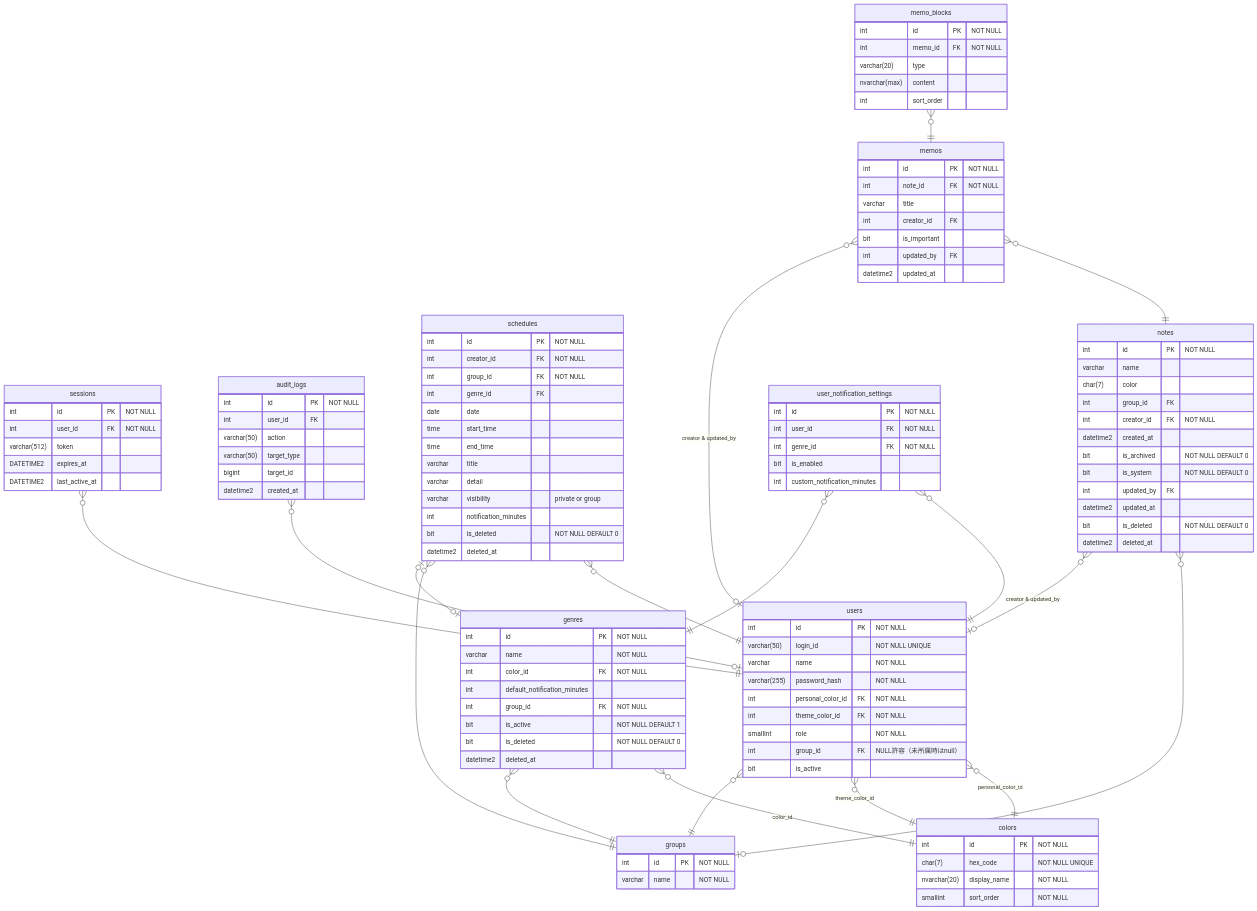
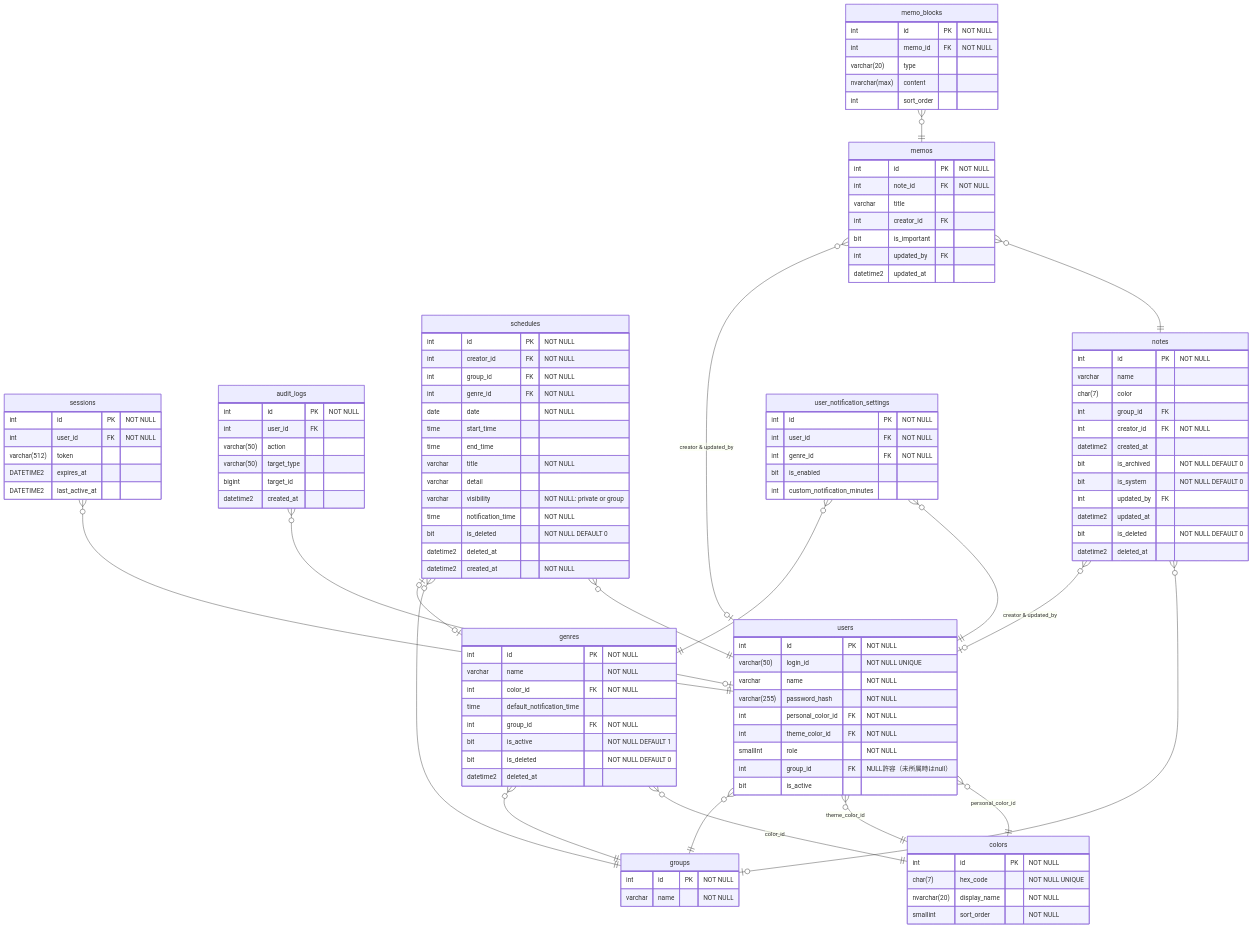
Before and after one commit to yossan1208/ScheduleApp: the diagram in docs/ER図.md, drawn with Mermaid. The commit also changed 1 other file, not shown here.

Commit message:
docs: add schedules API design spec and update ER diagram

```diff
--- a/docs/ER図.md
+++ b/docs/ER図.md
@@ -46,7 +46,7 @@
         int id PK "NOT NULL"
         varchar name "NOT NULL"
         int color_id FK "NOT NULL"
-        int default_notification_minutes
+        time default_notification_time
         int group_id FK "NOT NULL"
         bit is_active "NOT NULL DEFAULT 1"
         bit is_deleted "NOT NULL DEFAULT 0"
@@ -57,16 +57,17 @@
         int id PK "NOT NULL"
         int creator_id FK "NOT NULL"
         int group_id FK "NOT NULL"
-        int genre_id FK
-        date date
+        int genre_id FK "NOT NULL"
+        date date "NOT NULL"
         time start_time
         time end_time
-        varchar title
+        varchar title "NOT NULL"
         varchar detail
-        varchar visibility "private or group"
-        int notification_minutes
+        varchar visibility "NOT NULL: private or group"
+        time notification_time "NOT NULL"
         bit is_deleted "NOT NULL DEFAULT 0"
         datetime2 deleted_at
+        datetime2 created_at "NOT NULL"
     }
 
     notes {
```
